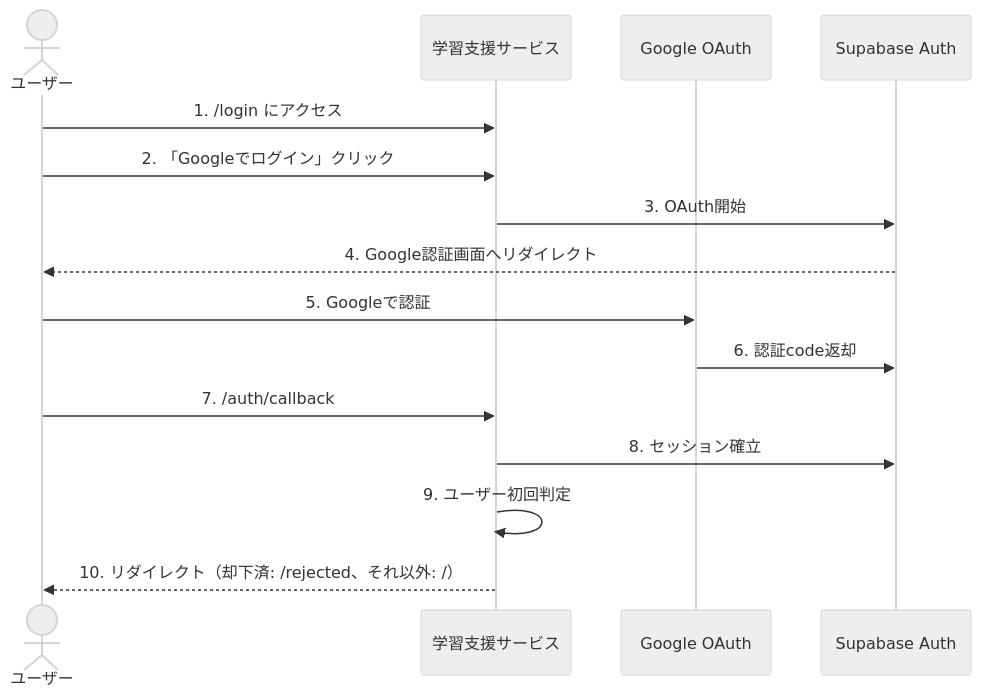
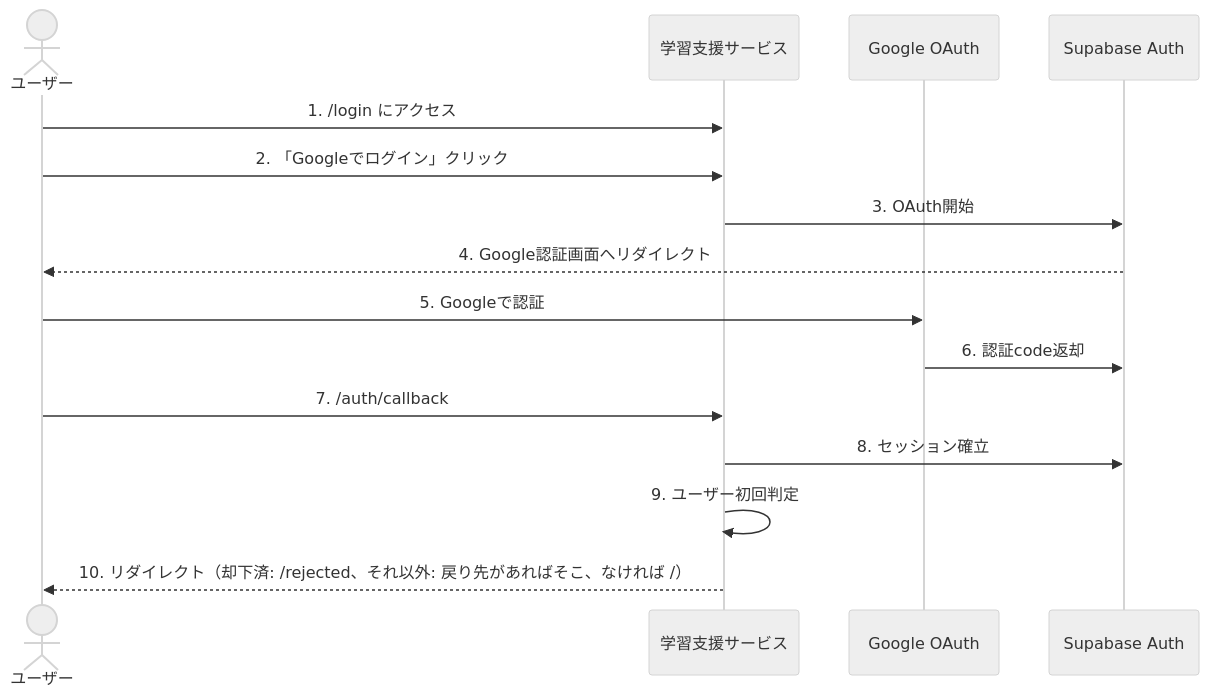
One commit to Singuralitylabs/sinlab-study changed the third of 5 diagrams in docs/specification.md. Above: the diagram before and after it, drawn with Mermaid (neutral theme). The commit also changed other lines of this file and 45 other files, not shown here.

````diff
--- a/docs/specification.md
+++ b/docs/specification.md
@@ -107,18 +107,18 @@
 ```mermaid
 sequenceDiagram
     actor U as ユーザー
     participant App as 学習支援サービス
     participant G as Google OAuth
     participant SB as Supabase Auth
 
     U->>App: 1. /login にアクセス
     U->>App: 2. 「Googleでログイン」クリック
     App->>SB: 3. OAuth開始
     SB-->>U: 4. Google認証画面へリダイレクト
     U->>G: 5. Googleで認証
     G->>SB: 6. 認証code返却
     U->>App: 7. /auth/callback
     App->>SB: 8. セッション確立
     App->>App: 9. ユーザー初回判定
-    App-->>U: 10. リダイレクト（却下済: /rejected、それ以外: /）
+    App-->>U: 10. リダイレクト（却下済: /rejected、それ以外: 戻り先があればそこ、なければ /）
 ```
````
